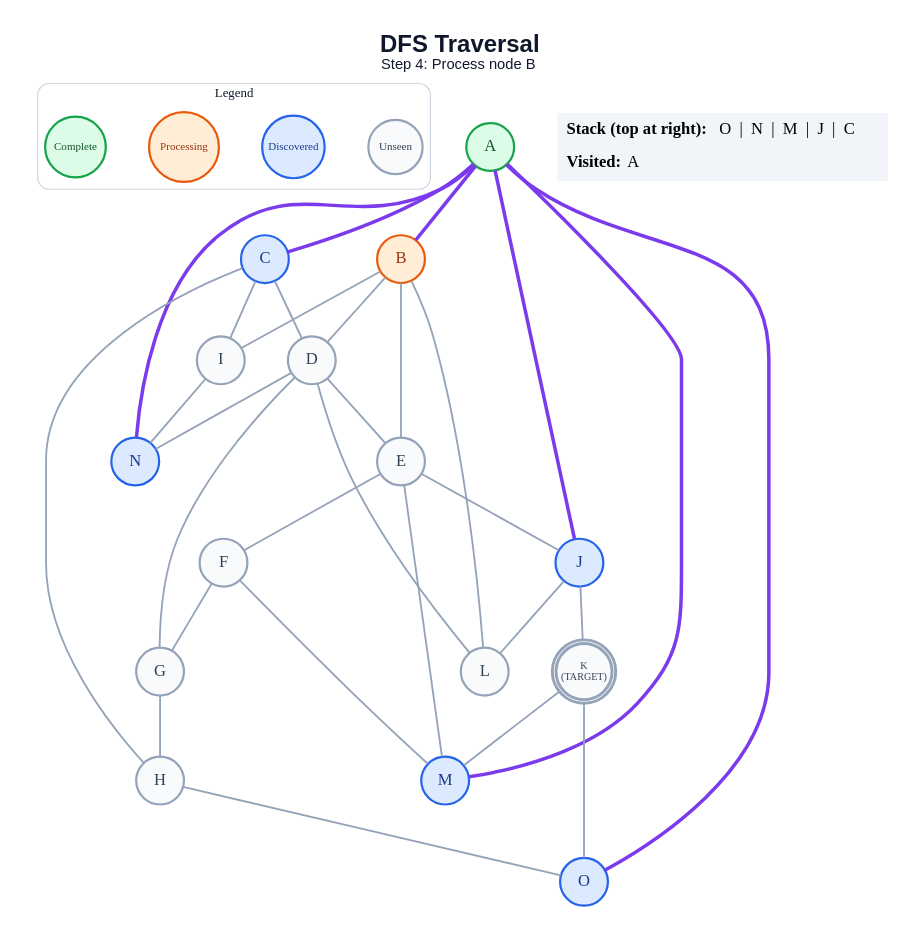
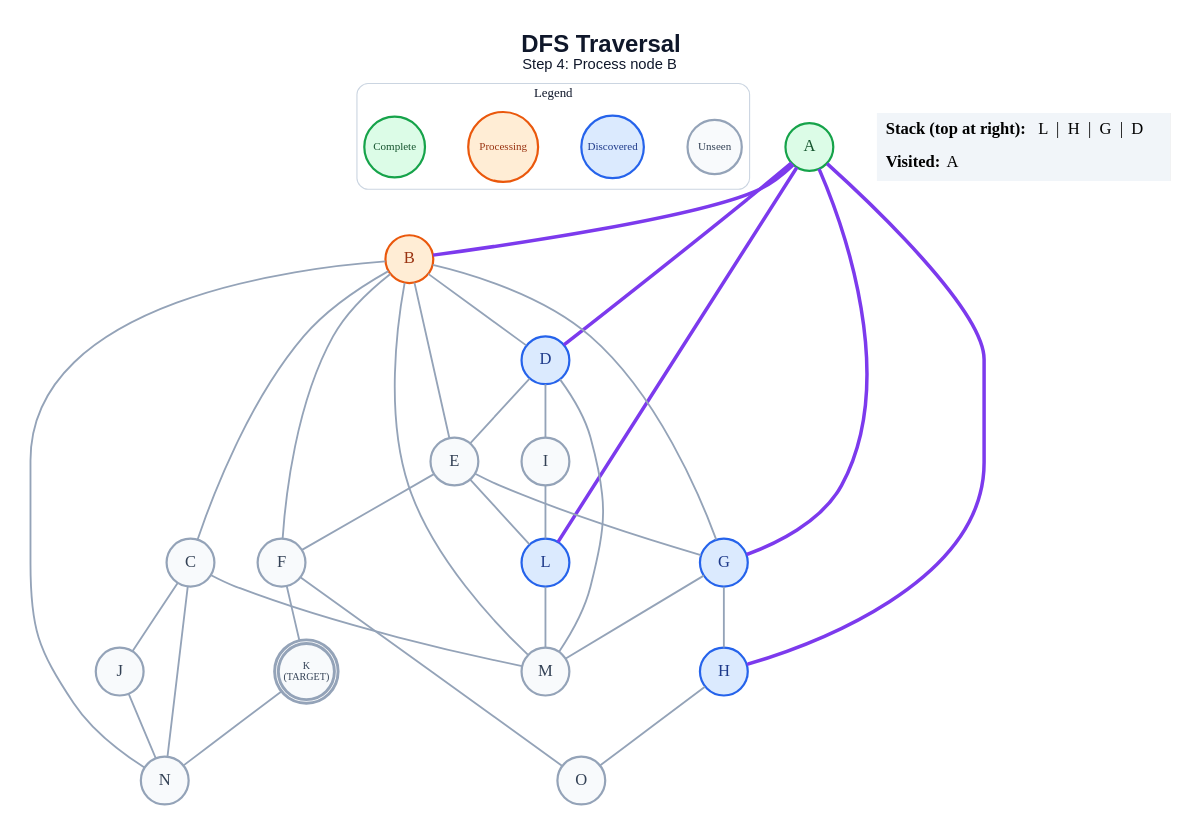
One commit to anon7238593-create/ai-slop changed the diagram in generated/short-circuit/dfs/step_04.dot. Above: the diagram before and after it, drawn with Graphviz. The commit also changed 328 other files, not shown here.

```diff
--- a/generated/short-circuit/dfs/step_04.dot
+++ b/generated/short-circuit/dfs/step_04.dot
@@ -1,63 +1,64 @@
 graph traversal {
   graph [layout=dot, rankdir=TB, bgcolor="#FFFFFF", pad="0.35", nodesep="0.65", ranksep="0.8", fontname="Arial"];
   node [shape=circle, style="filled", fontname="Arial Bold", fontsize=18, width=0.72, fixedsize=true, penwidth=2.4];
   edge [color="#94A3B8", penwidth=2.0];
   label=<<B>DFS Traversal</B><BR/><FONT POINT-SIZE="16">Step 4: Process node B</FONT>>; labelloc="t"; fontsize=26; fontname="Arial"; fontcolor="#0F172A";
   subgraph cluster_legend { label="Legend"; color="#CBD5E1"; penwidth=1.2; style="rounded"; fontsize=14; fontname="Arial Bold";
     key_unseen [label="Unseen", fillcolor="#F8FAFC", color="#94A3B8", fontcolor="#334155", fontsize=12, width=0.82];
     key_frontier [label="Discovered", fillcolor="#DBEAFE", color="#2563EB", fontcolor="#1E3A8A", fontsize=12, width=0.95];
     key_current [label="Processing", fillcolor="#FFEDD5", color="#EA580C", fontcolor="#9A3412", fontsize=12, width=1.05];
     key_done [label="Complete", fillcolor="#DCFCE7", color="#16A34A", fontcolor="#14532D", fontsize=12, width=0.92];
     { rank=same; key_unseen; key_frontier; key_current; key_done; }
   }
   A [label="A", fillcolor="#DCFCE7", color="#16A34A", fontcolor="#14532D", peripheries=1, penwidth=2.4];
   B [label="B", fillcolor="#FFEDD5", color="#EA580C", fontcolor="#9A3412", peripheries=1, penwidth=2.4];
-  C [label="C", fillcolor="#DBEAFE", color="#2563EB", fontcolor="#1E3A8A", peripheries=1, penwidth=2.4];
-  D [label="D", fillcolor="#F8FAFC", color="#94A3B8", fontcolor="#334155", peripheries=1, penwidth=2.4];
+  C [label="C", fillcolor="#F8FAFC", color="#94A3B8", fontcolor="#334155", peripheries=1, penwidth=2.4];
+  D [label="D", fillcolor="#DBEAFE", color="#2563EB", fontcolor="#1E3A8A", peripheries=1, penwidth=2.4];
   E [label="E", fillcolor="#F8FAFC", color="#94A3B8", fontcolor="#334155", peripheries=1, penwidth=2.4];
   F [label="F", fillcolor="#F8FAFC", color="#94A3B8", fontcolor="#334155", peripheries=1, penwidth=2.4];
-  G [label="G", fillcolor="#F8FAFC", color="#94A3B8", fontcolor="#334155", peripheries=1, penwidth=2.4];
-  H [label="H", fillcolor="#F8FAFC", color="#94A3B8", fontcolor="#334155", peripheries=1, penwidth=2.4];
+  G [label="G", fillcolor="#DBEAFE", color="#2563EB", fontcolor="#1E3A8A", peripheries=1, penwidth=2.4];
+  H [label="H", fillcolor="#DBEAFE", color="#2563EB", fontcolor="#1E3A8A", peripheries=1, penwidth=2.4];
   I [label="I", fillcolor="#F8FAFC", color="#94A3B8", fontcolor="#334155", peripheries=1, penwidth=2.4];
-  J [label="J", fillcolor="#DBEAFE", color="#2563EB", fontcolor="#1E3A8A", peripheries=1, penwidth=2.4];
+  J [label="J", fillcolor="#F8FAFC", color="#94A3B8", fontcolor="#334155", peripheries=1, penwidth=2.4];
   K [label="K\n(TARGET)", fillcolor="#F8FAFC", color="#94A3B8", fontcolor="#334155", peripheries=2, penwidth=3.2, fontsize=11, width=0.85, height=0.85];
-  L [label="L", fillcolor="#F8FAFC", color="#94A3B8", fontcolor="#334155", peripheries=1, penwidth=2.4];
-  M [label="M", fillcolor="#DBEAFE", color="#2563EB", fontcolor="#1E3A8A", peripheries=1, penwidth=2.4];
-  N [label="N", fillcolor="#DBEAFE", color="#2563EB", fontcolor="#1E3A8A", peripheries=1, penwidth=2.4];
-  O [label="O", fillcolor="#DBEAFE", color="#2563EB", fontcolor="#1E3A8A", peripheries=1, penwidth=2.4];
+  L [label="L", fillcolor="#DBEAFE", color="#2563EB", fontcolor="#1E3A8A", peripheries=1, penwidth=2.4];
+  M [label="M", fillcolor="#F8FAFC", color="#94A3B8", fontcolor="#334155", peripheries=1, penwidth=2.4];
+  N [label="N", fillcolor="#F8FAFC", color="#94A3B8", fontcolor="#334155", peripheries=1, penwidth=2.4];
+  O [label="O", fillcolor="#F8FAFC", color="#94A3B8", fontcolor="#334155", peripheries=1, penwidth=2.4];
   A -- B [color="#7C3AED", penwidth=3.8];
-  A -- C [color="#7C3AED", penwidth=3.8];
-  A -- J [color="#7C3AED", penwidth=3.8];
-  A -- M [color="#7C3AED", penwidth=3.8];
-  A -- N [color="#7C3AED", penwidth=3.8];
-  A -- O [color="#7C3AED", penwidth=3.8];
+  A -- D [color="#7C3AED", penwidth=3.8];
+  A -- G [color="#7C3AED", penwidth=3.8];
+  A -- H [color="#7C3AED", penwidth=3.8];
+  A -- L [color="#7C3AED", penwidth=3.8];
+  B -- C;
   B -- D;
   B -- E;
-  B -- I;
-  B -- L;
-  C -- D;
-  C -- H;
-  C -- I;
+  B -- F;
+  B -- G;
+  B -- M;
+  B -- N;
+  C -- J;
+  C -- M;
+  C -- N;
   D -- E;
-  D -- G;
-  D -- L;
-  D -- N;
+  D -- I;
+  D -- M;
   E -- F;
-  E -- J;
-  E -- M;
-  F -- G;
-  F -- M;
+  E -- G;
+  E -- L;
+  F -- K;
+  F -- O;
   G -- H;
+  G -- M;
   H -- O;
-  I -- N;
-  J -- K;
-  J -- L;
-  K -- M;
-  K -- O;
+  I -- L;
+  J -- N;
+  K -- N;
+  L -- M;
   status [shape=plain, fixedsize=false, width=0, height=0, margin=0, label=<
     <TABLE BORDER="0" CELLBORDER="0" CELLPADDING="7" BGCOLOR="#F1F5F9">
-      <TR><TD ALIGN="LEFT"><B>Stack (top at right):</B> O  |  N  |  M  |  J  |  C</TD></TR>
+      <TR><TD ALIGN="LEFT"><B>Stack (top at right):</B> L  |  H  |  G  |  D</TD></TR>
       <TR><TD ALIGN="LEFT"><B>Visited:</B> A</TD></TR>
     </TABLE>
   >];
 }
```
